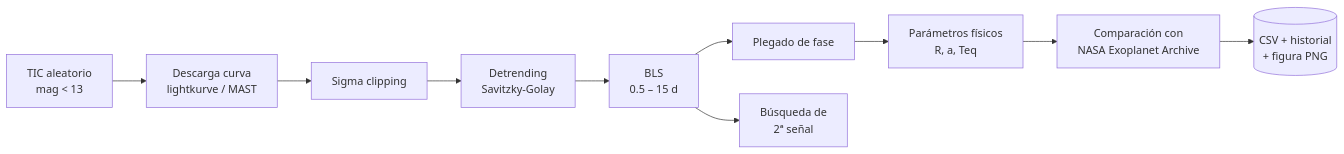
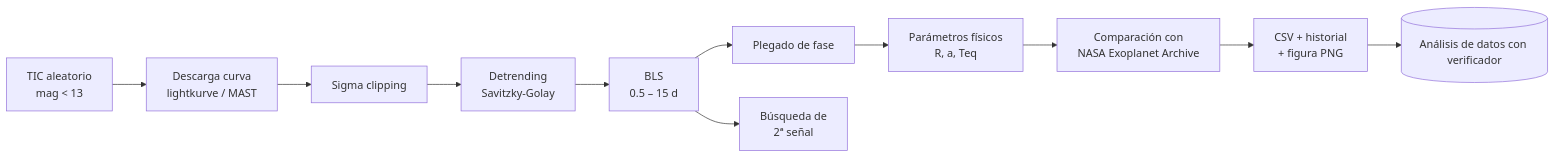
One commit to GaelMelga/Detector_exoplanetas changed the diagram in README.md. Above: the diagram before and after it, drawn with Mermaid.

````diff
--- a/README.md
+++ b/README.md
@@ -35,12 +35,13 @@
 ```mermaid
 flowchart LR
     A[TIC aleatorio<br/>mag &lt; 13] --> B[Descarga curva<br/>lightkurve / MAST]
     B --> C[Sigma clipping]
     C --> D[Detrending<br/>Savitzky-Golay]
     D --> E[BLS<br/>0.5 – 15 d]
     E --> F[Plegado de fase]
     E --> G[Búsqueda de<br/>2ª señal]
     F --> H[Parámetros físicos<br/>R, a, Teq]
     H --> I[Comparación con<br/>NASA Exoplanet Archive]
-    I --> J[(CSV + historial<br/>+ figura PNG)]
+    I --> J[CSV + historial<br/>+ figura PNG]
+    J --> K[(Análisis de datos con verificador)]
 ```
````
